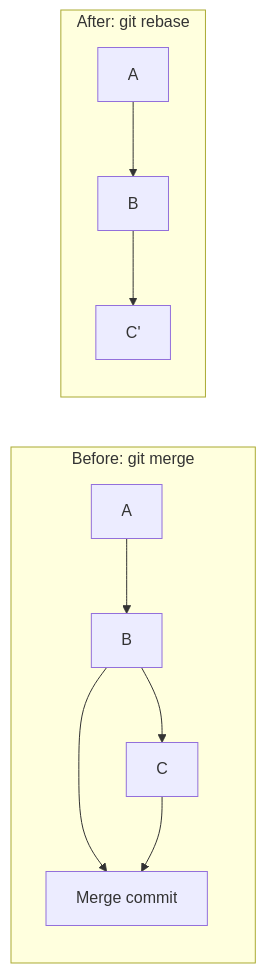
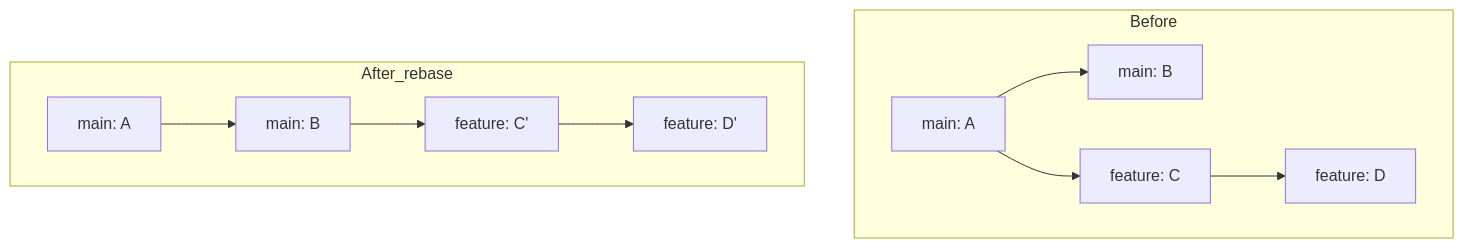
The third of 4 diagrams in 2026-02/docs/week-1/04-git-github.md (sanand0/tools-in-data-science-public), drawn with Mermaid before and after one commit. The commit also changed other lines of this file and 50 other files, not shown here.

````diff
--- a/2026-02/docs/week-1/04-git-github.md
+++ b/2026-02/docs/week-1/04-git-github.md
@@ -136,10 +195,14 @@
 ```mermaid
-graph LR
-    subgraph "Before: git merge"
-    A1[A] --> B1[B] --> M1[Merge commit]
-    B1 --> C1[C] --> M1
+flowchart TB
+    subgraph Before
+        A1[main: A] --> B1[main: B]
+        A1 --> C1[feature: C]
+        C1 --> D1[feature: D]
     end
-    subgraph "After: git rebase"
-    A2[A] --> B2[B] --> C2[C']
+
+    subgraph After_rebase
+        A2[main: A] --> B2[main: B]
+        B2 --> C2[feature: C']
+        C2 --> D2[feature: D']
     end
 ```
````
